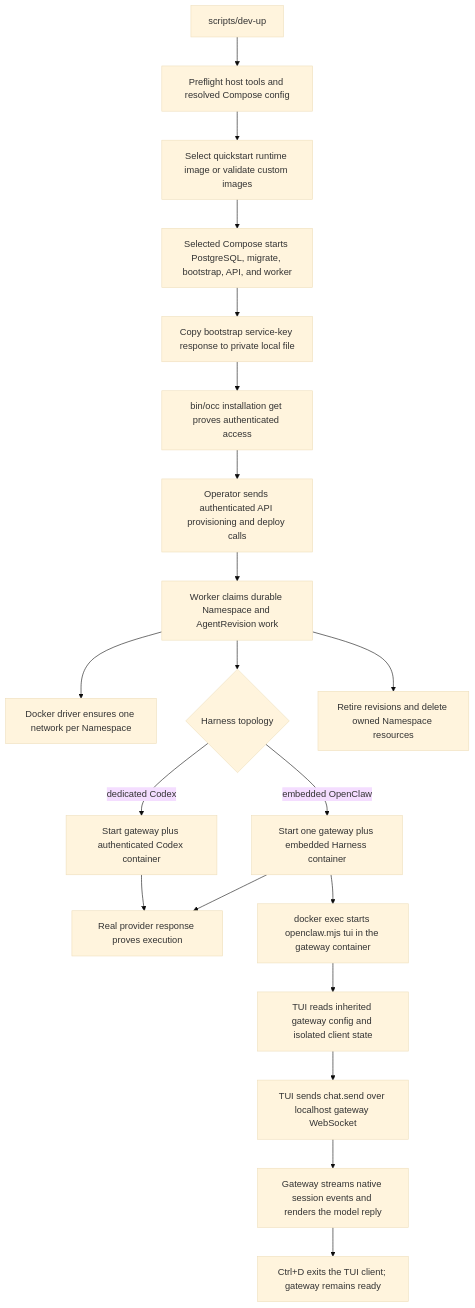
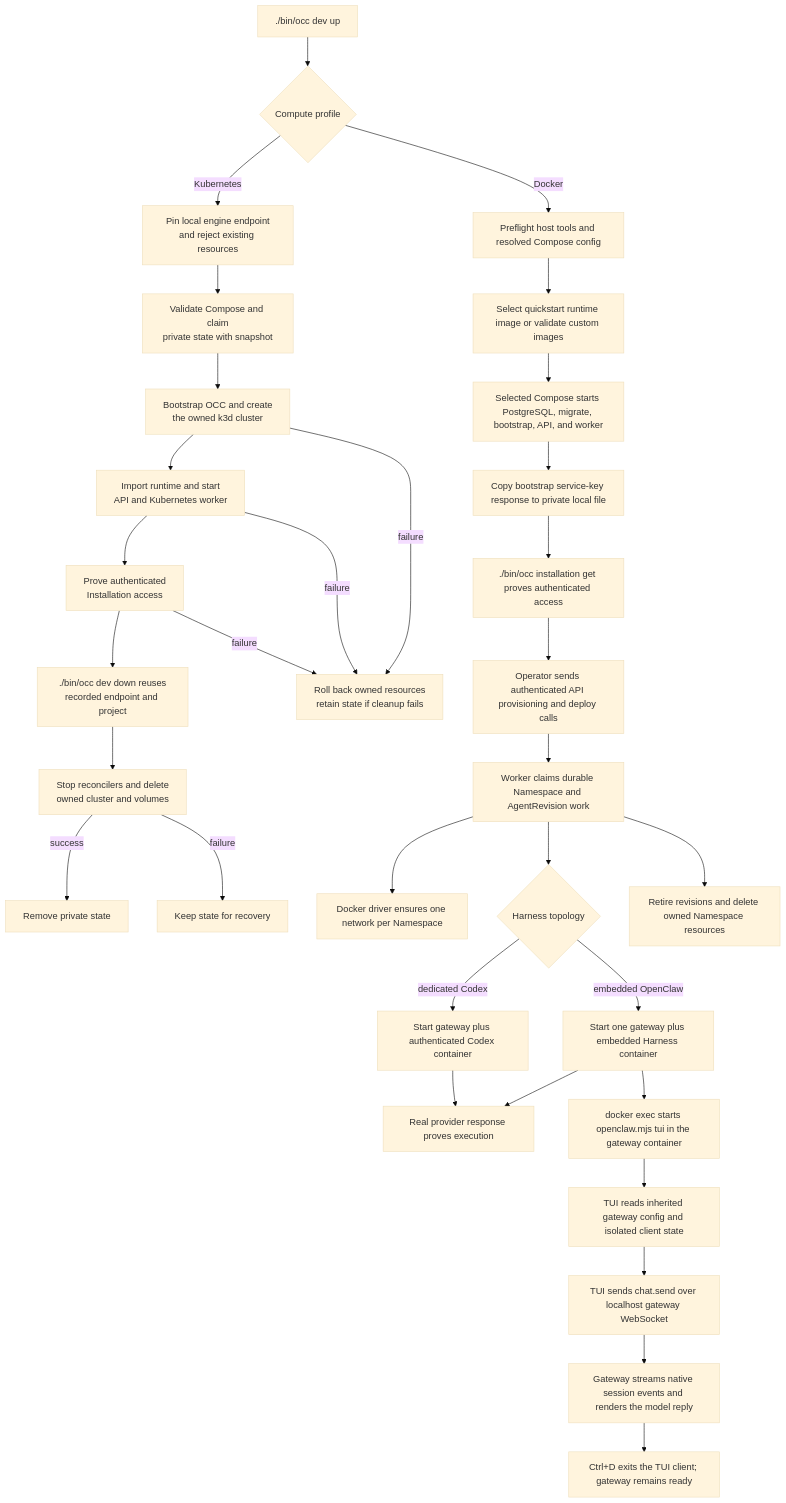
Before and after one commit to IsaiahStapleton/openclaw-enterprise: the diagram in docs/flows/docker-compose-development.md, drawn with Mermaid (base theme). The commit also changed other lines of this file and 31 other files, not shown here.

First line of the commit message:
feat: unify development startup for Kubernetes compute (#164)

````diff
--- a/docs/flows/docker-compose-development.md
+++ b/docs/flows/docker-compose-development.md
@@ -60,22 +68,35 @@
 ```mermaid
 graph TD
-  A["scripts/dev-up"] --> B["Preflight host tools and resolved Compose config"]
+  A["./bin/occ dev up"] --> Profile{"Compute profile"}
+  Profile -->|Docker| B["Preflight host tools and resolved Compose config"]
+  Profile -->|Kubernetes| KPre["Pin local engine endpoint<br/>and reject existing resources"]
+  KPre --> KConfig["Validate Compose and claim<br/>private state with snapshot"]
+  KConfig --> KStart["Bootstrap OCC and create<br/>the owned k3d cluster"]
+  KStart --> KReady["Import runtime and start<br/>API and Kubernetes worker"]
+  KReady --> KProof["Prove authenticated<br/>Installation access"]
+  KProof --> KDown["./bin/occ dev down reuses<br/>recorded endpoint and project"]
+  KStart -->|failure| KRollback["Roll back owned resources<br/>retain state if cleanup fails"]
+  KReady -->|failure| KRollback
+  KProof -->|failure| KRollback
+  KDown --> KRemove["Stop reconcilers and delete<br/>owned cluster and volumes"]
+  KRemove -->|success| KDone["Remove private state"]
+  KRemove -->|failure| KRetain["Keep state for recovery"]
   B --> C["Select quickstart runtime image or validate custom images"]
   C --> D["Selected Compose starts PostgreSQL, migrate, bootstrap, API, and worker"]
   D --> E["Copy bootstrap service-key response to private local file"]
-  E --> F["bin/occ installation get proves authenticated access"]
+  E --> F["./bin/occ installation get proves authenticated access"]
   F --> G["Operator sends authenticated API provisioning and deploy calls"]
   G --> H["Worker claims durable Namespace and AgentRevision work"]
   H --> I["Docker driver ensures one network per Namespace"]
   H --> J{"Harness topology"}
   J -->|embedded OpenClaw| K["Start one gateway plus embedded Harness container"]
   J -->|dedicated Codex| L["Start gateway plus authenticated Codex container"]
   K --> M["Real provider response proves execution"]
   L --> M
   K --> N["docker exec starts openclaw.mjs tui in the gateway container"]
   N --> O["TUI reads inherited gateway config and isolated client state"]
   O --> P["TUI sends chat.send over localhost gateway WebSocket"]
   P --> Q["Gateway streams native session events and renders the model reply"]
   Q --> R["Ctrl+D exits the TUI client; gateway remains ready"]
   H --> S["Retire revisions and delete owned Namespace resources"]
 ```
````
